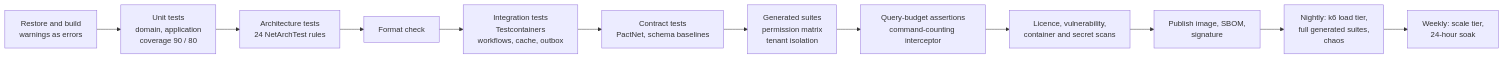
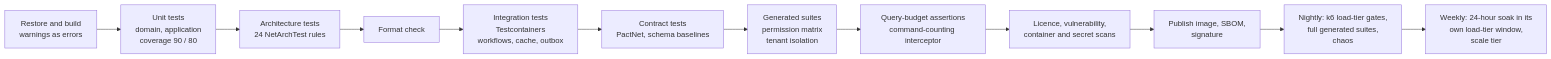
One commit to mahmodnasser/nibras changed the diagram in docs/plan/16-test-strategy.md. Above: the diagram before and after it, drawn with Mermaid. The commit also changed other lines of this file and 98 other files, not shown here.

````diff
--- a/docs/plan/16-test-strategy.md
+++ b/docs/plan/16-test-strategy.md
@@ -34,14 +34,14 @@
 ```mermaid
 flowchart LR
     A["Restore and build<br/>warnings as errors"] --> B["Unit tests<br/>domain, application<br/>coverage 90 / 80"]
     B --> C["Architecture tests<br/>24 NetArchTest rules"]
     C --> D["Format check"]
     D --> E["Integration tests<br/>Testcontainers<br/>workflows, cache, outbox"]
     E --> F["Contract tests<br/>PactNet, schema baselines"]
     F --> G["Generated suites<br/>permission matrix<br/>tenant isolation"]
     G --> H["Query-budget assertions<br/>command-counting interceptor"]
     H --> I["Licence, vulnerability,<br/>container and secret scans"]
     I --> J["Publish image, SBOM,<br/>signature"]
-    J --> K["Nightly: k6 load tier,<br/>full generated suites,<br/>chaos"]
-    K --> L["Weekly: scale tier,<br/>24-hour soak"]
+    J --> K["Nightly: k6 load-tier gates,<br/>full generated suites,<br/>chaos"]
+    K --> L["Weekly: 24-hour soak in its<br/>own load-tier window,<br/>scale tier"]
 ```
````
